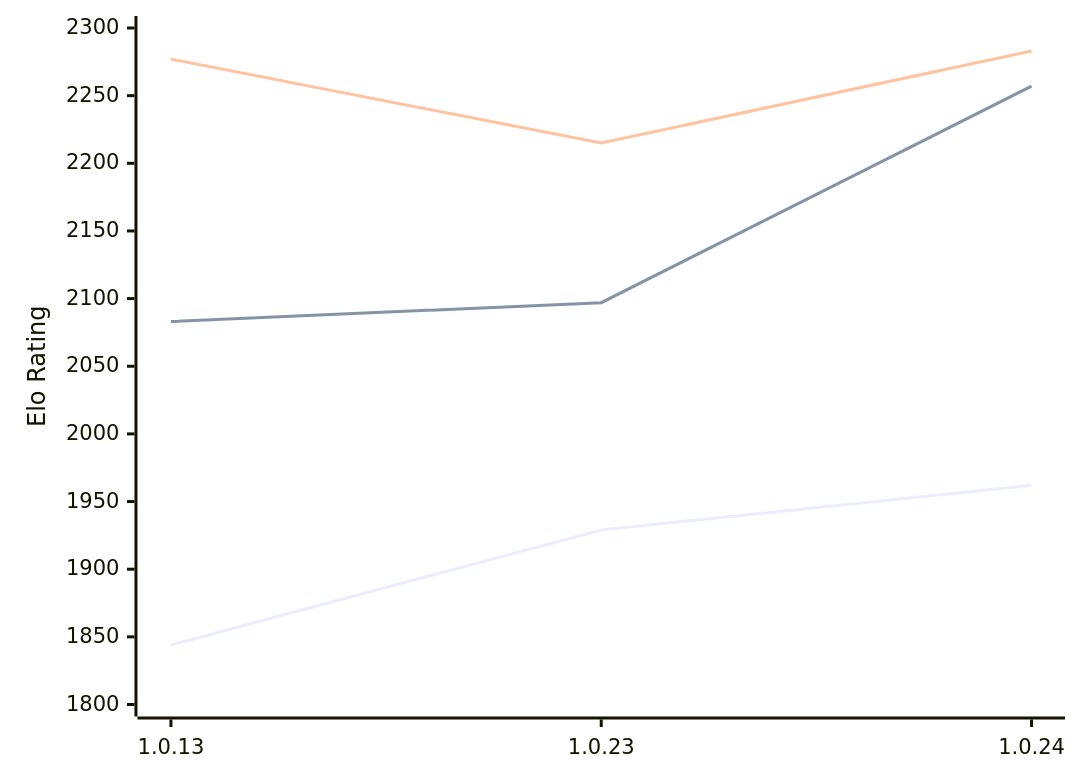
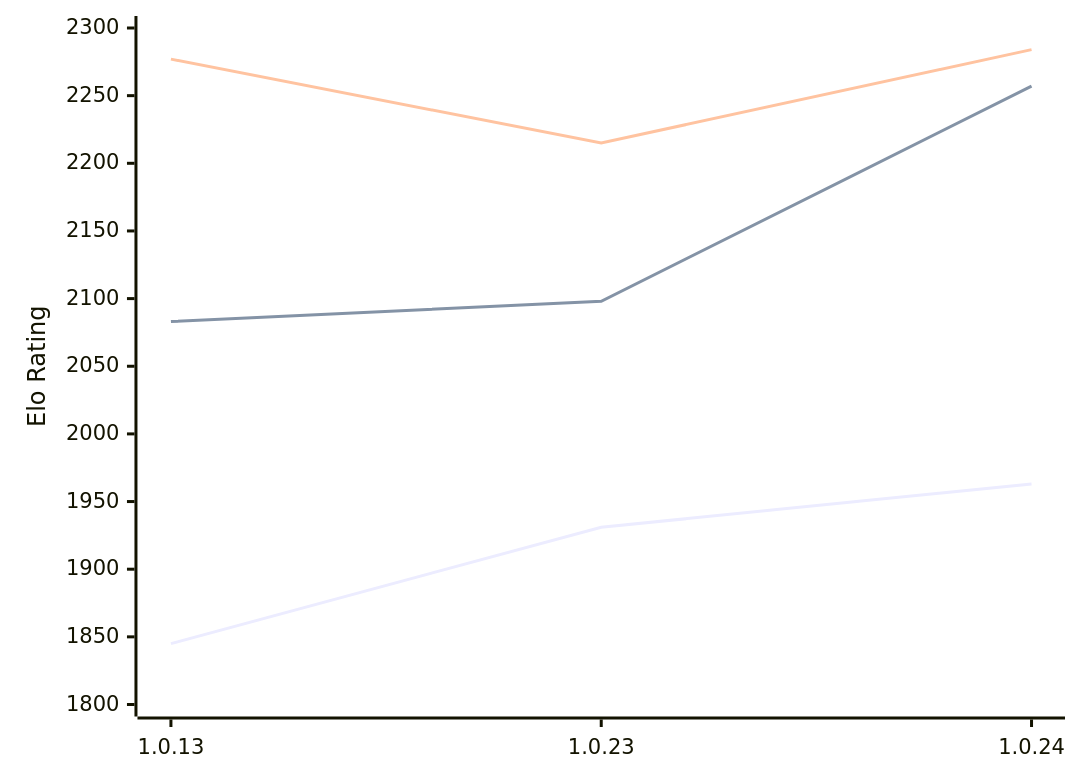
Before and after one commit to computer-chess-index/cci: the diagram in engines/RustyRival.md, drawn with Mermaid. The commit also changed other lines of this file, not shown here.

Commit message:
Update CCI Ratings (ELO VLTC) - 2026-02-13

````diff
--- a/engines/RustyRival.md
+++ b/engines/RustyRival.md
@@ -53,9 +53,9 @@
 ```mermaid
 %%{init: {"theme":"base","themeVariables":{"seriesColors:['#a3a3a3','#222221','#faa371']}}}%%
 xychart-beta
   x-axis ["1.0.13", "1.0.23", "1.0.24"]
   y-axis "Elo Rating" 1800 --> 2300
-  line "STC (8.0+0.08s)" [1844, 1929, 1962]
-  line "LTC (60.0+0.60s)" [2083, 2097, 2257]
-  line "VLTC (2m24s+1.12s)" [2277, 2215, 2283]
+  line "STC (8.0+0.08s)" [1845, 1931, 1963]
+  line "LTC (60.0+0.60s)" [2083, 2098, 2257]
+  line "VLTC (2m24s+1.12s)" [2277, 2215, 2284]
 ```
````
